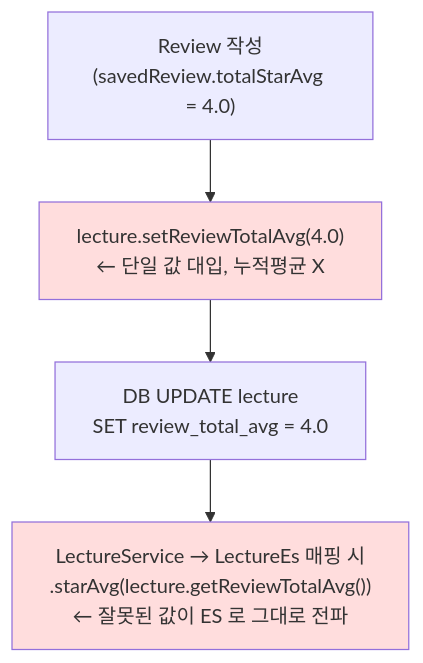
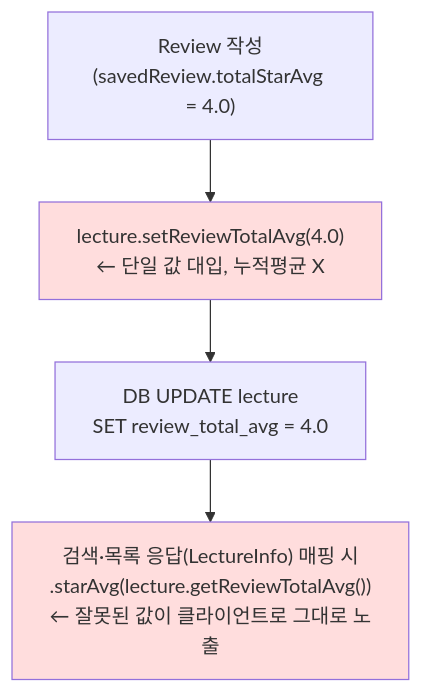
The sixth of 6 diagrams in docs/architecture/review.md (pungdong/Pungdong-Backend), drawn with Mermaid before and after one commit. The commit also changed other lines of this file and 7 other files, not shown here.

````diff
--- a/docs/architecture/review.md
+++ b/docs/architecture/review.md
@@ -219,12 +219,12 @@
 ```mermaid
 flowchart TB
     A["Review 작성<br/>(savedReview.totalStarAvg = 4.0)"]
     B["lecture.setReviewTotalAvg(4.0)<br/>← 단일 값 대입, 누적평균 X"]
     C["DB UPDATE lecture<br/>SET review_total_avg = 4.0"]
-    D["LectureService → LectureEs 매핑 시<br/>.starAvg(lecture.getReviewTotalAvg())<br/>← 잘못된 값이 ES 로 그대로 전파"]
+    D["검색·목록 응답(LectureInfo) 매핑 시<br/>.starAvg(lecture.getReviewTotalAvg())<br/>← 잘못된 값이 클라이언트로 그대로 노출"]
 
     A --> B --> C --> D
 
     style B fill:#fdd
     style D fill:#fdd
 ```
````
